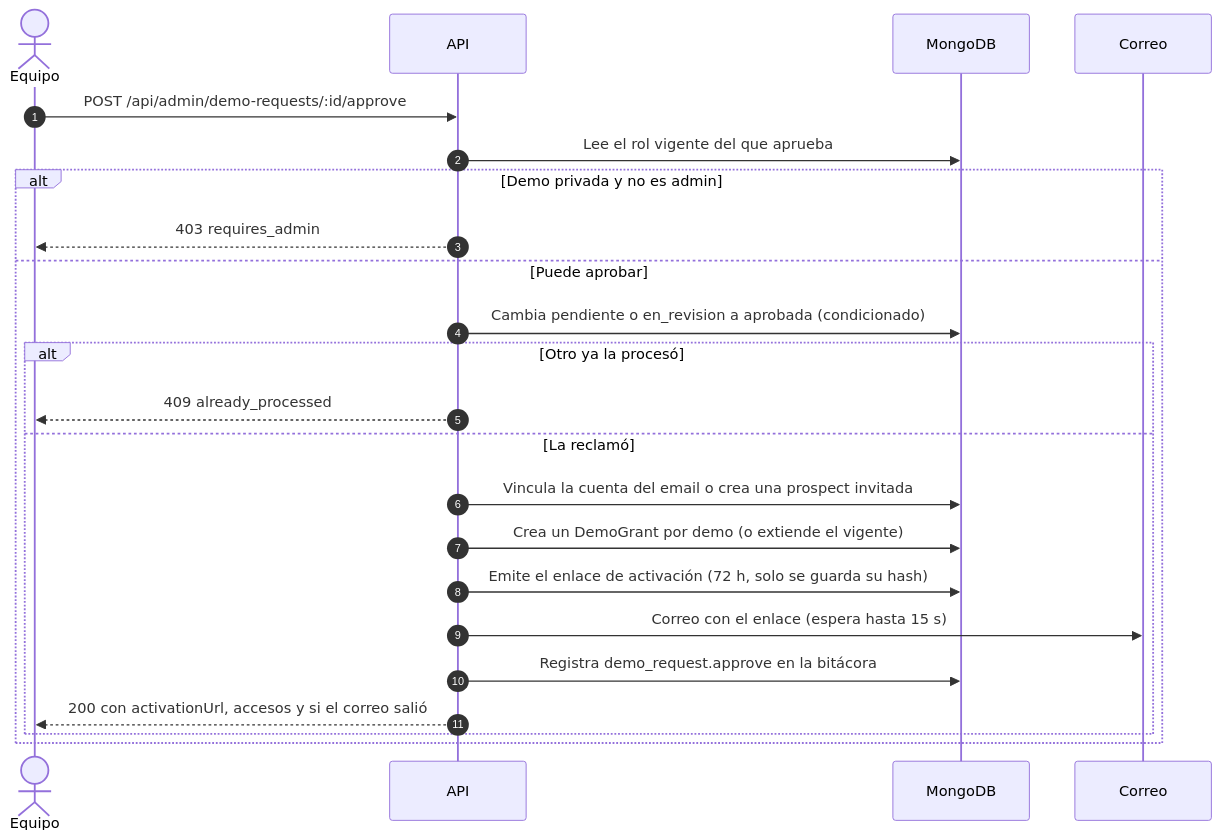
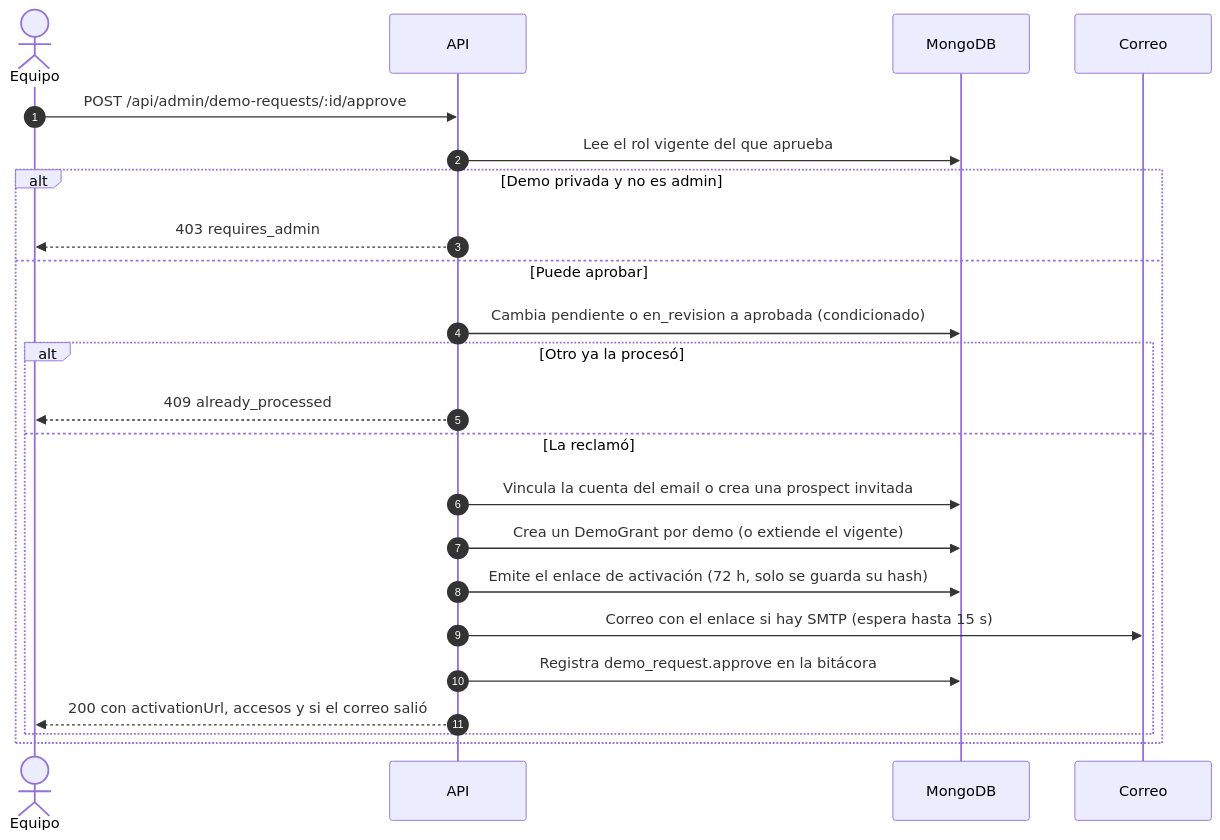
Before and after one commit to ronalc90/koptup: the fifth of 9 diagrams in docs/wiki/Doc-08-API.md, drawn with Mermaid. The commit also changed other lines of this file and 82 other files, not shown here.

````diff
--- a/docs/wiki/Doc-08-API.md
+++ b/docs/wiki/Doc-08-API.md
@@ -514,25 +514,25 @@
 ```mermaid
 sequenceDiagram
     autonumber
     actor E as Equipo
     participant A as API
     participant M as MongoDB
     participant S as Correo
     E->>A: POST /api/admin/demo-requests/:id/approve
     A->>M: Lee el rol vigente del que aprueba
     alt Demo privada y no es admin
         A-->>E: 403 requires_admin
     else Puede aprobar
         A->>M: Cambia pendiente o en_revision a aprobada (condicionado)
         alt Otro ya la procesó
             A-->>E: 409 already_processed
         else La reclamó
             A->>M: Vincula la cuenta del email o crea una prospect invitada
             A->>M: Crea un DemoGrant por demo (o extiende el vigente)
             A->>M: Emite el enlace de activación (72 h, solo se guarda su hash)
-            A->>S: Correo con el enlace (espera hasta 15 s)
+            A->>S: Correo con el enlace si hay SMTP (espera hasta 15 s)
             A->>M: Registra demo_request.approve en la bitácora
             A-->>E: 200 con activationUrl, accesos y si el correo salió
         end
     end
 ```
````
